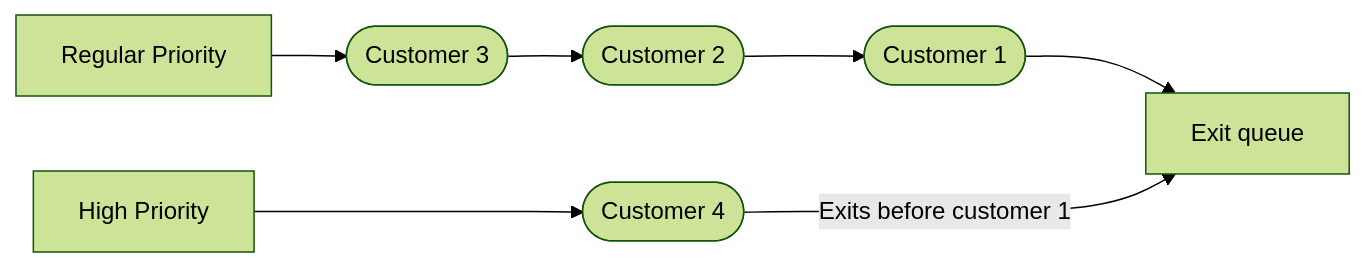
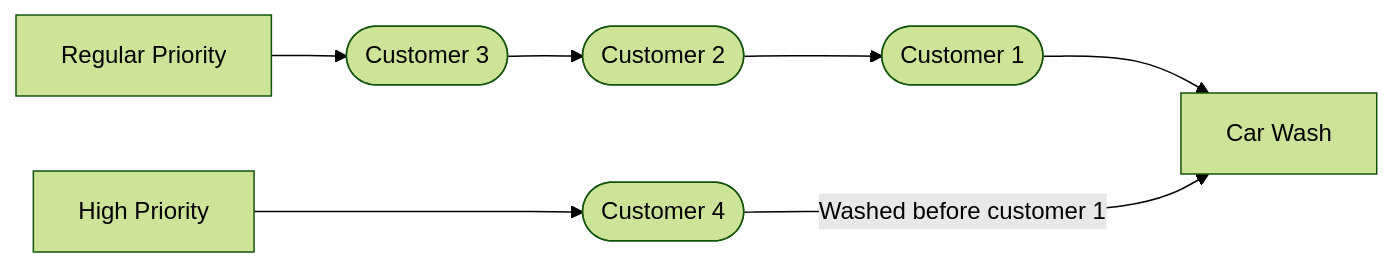
The third of 3 diagrams in 1-queue.md (Jester572/data_structure_tutorial), drawn with Mermaid (forest theme) before and after one commit. The commit also changed other lines of this file, not shown here.

````diff
--- a/1-queue.md
+++ b/1-queue.md
@@ -13,7 +30,7 @@
 ```mermaid
 graph LR;;
 
-    regular[Regular Priority] --> C([Customer 3]) --> B([Customer 2]) --> A([Customer 1]) --> exit[Exit queue];
+    regular[Regular Priority] --> C([Customer 3]) --> B([Customer 2]) --> A([Customer 1]) --> exit[Car Wash];
 
-    high[High Priority] ---> D([Customer 4]) --Exits before customer 1---> exit;
+    high[High Priority] ---> D([Customer 4]) --Washed before customer 1---> exit;
 ```
````
